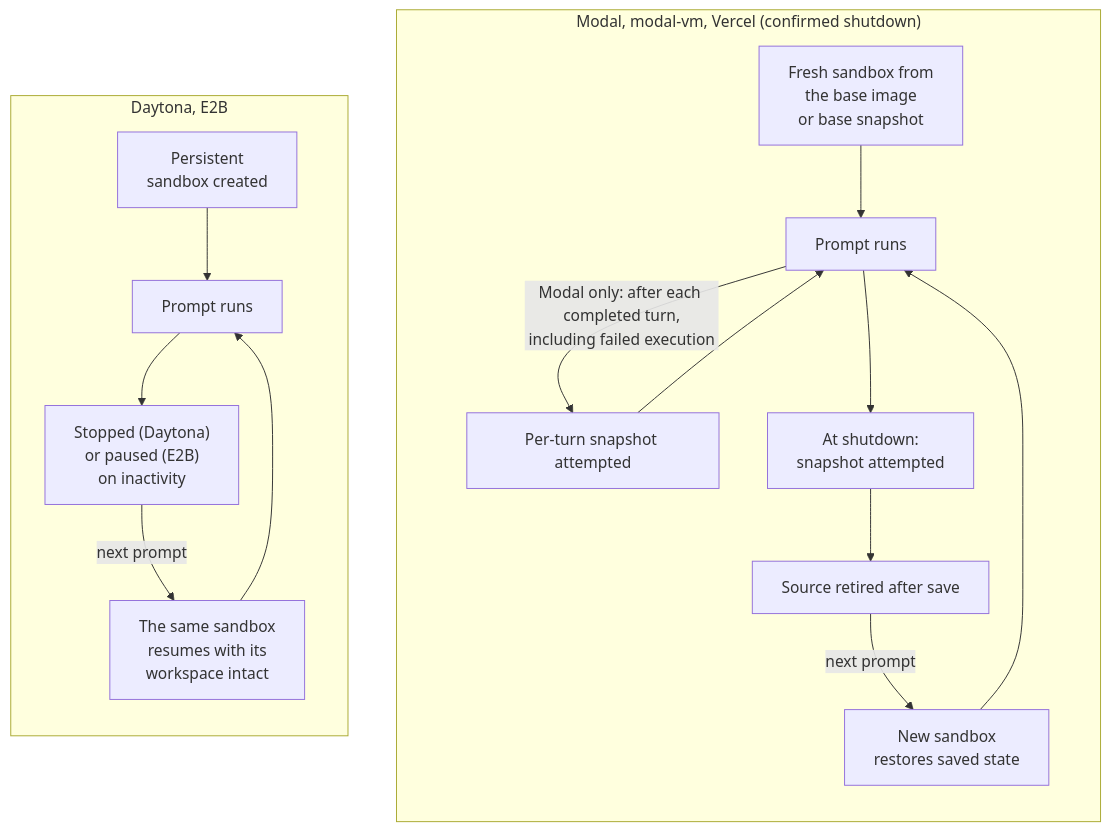
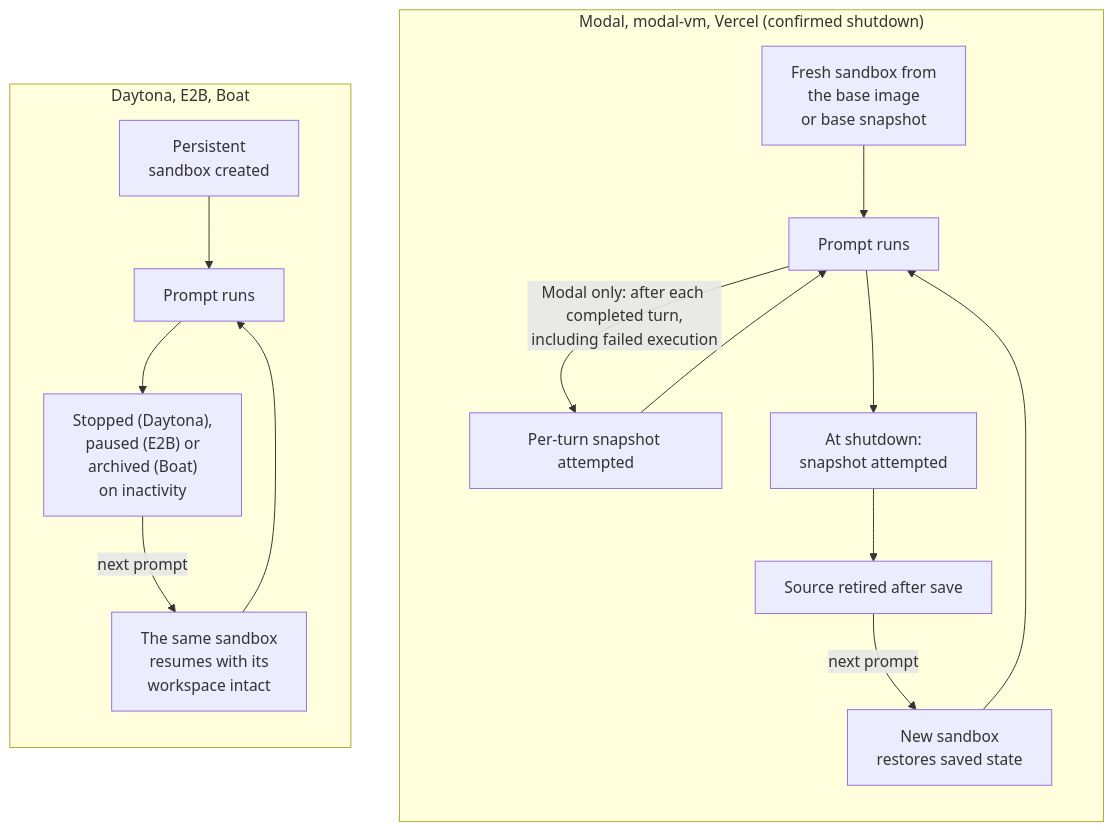
The diagram in packages/docs/content/docs/configure/sandbox-providers.mdx (ColeMurray/background-agents), drawn with Mermaid before and after one commit. The commit also changed other lines of this file and 61 other files, not shown here.

````diff
--- a/packages/docs/content/docs/configure/sandbox-providers.mdx
+++ b/packages/docs/content/docs/configure/sandbox-providers.mdx
@@ -42,21 +44,21 @@
 ```mermaid
 flowchart TB
     accTitle: Snapshot-based providers compared with persistent providers
     subgraph snap["Modal, modal-vm, Vercel (confirmed shutdown)"]
         direction TB
         s1["Fresh sandbox from<br/>the base image<br/>or base snapshot"] --> s2["Prompt runs"]
         s2 -- "Modal only: after each completed turn,<br/>including failed execution" --> st["Per-turn snapshot attempted"]
         st --> s2
         s2 --> s3["At shutdown:<br/>snapshot attempted"]
         s3 --> s4["Source retired after save"]
         s4 -- "next prompt" --> s5["New sandbox<br/>restores saved state"]
         s5 --> s2
     end
-    subgraph persist["Daytona, E2B"]
+    subgraph persist["Daytona, E2B, Boat"]
         direction TB
         p1["Persistent<br/>sandbox created"] --> p2["Prompt runs"]
-        p2 --> p3["Stopped (Daytona)<br/>or paused (E2B)<br/>on inactivity"]
+        p2 --> p3["Stopped (Daytona),<br/>paused (E2B) or<br/>archived (Boat)<br/>on inactivity"]
         p3 -- "next prompt" --> p4["The same sandbox<br/>resumes with its<br/>workspace intact"]
         p4 --> p2
     end
 ```
````
